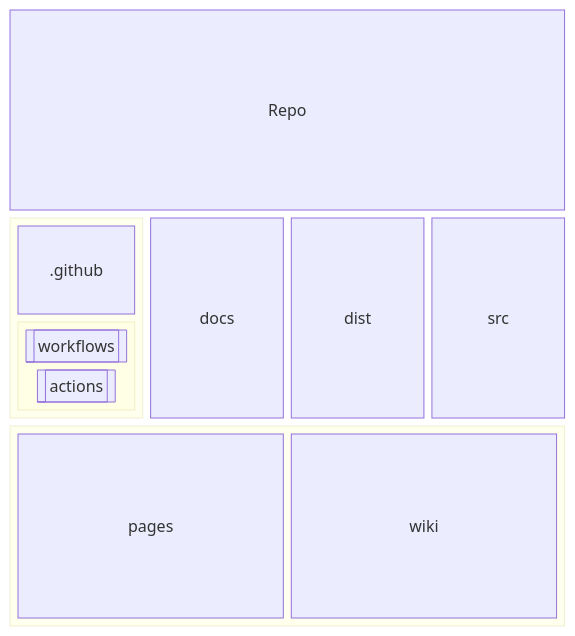
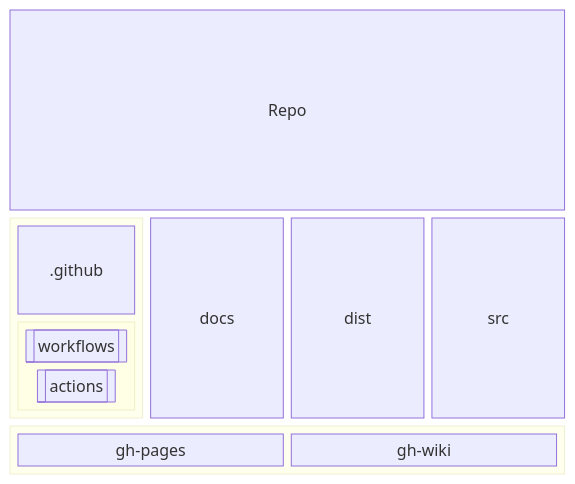
Before and after one commit to Zheng-Bote/repo-template: the first of 3 diagrams in README.md, drawn with Mermaid.

Commit message:
feat: Mermaid extended

````diff
--- a/README.md
+++ b/README.md
@@ -187,19 +187,19 @@
 ```mermaid
 block-beta
   columns 4
   Repo:4
   block:group1:1
     columns 1
     id0[".github"]
     block:group2:1
       columns 1
       id1[["workflows"]]
       id2[["actions"]]
     end
   end
   docs dist src
   block:group3:4
     %% columns auto (default)
-    pages wiki
+    A["gh-pages"] B["gh-wiki"]
   end
 ```
````
